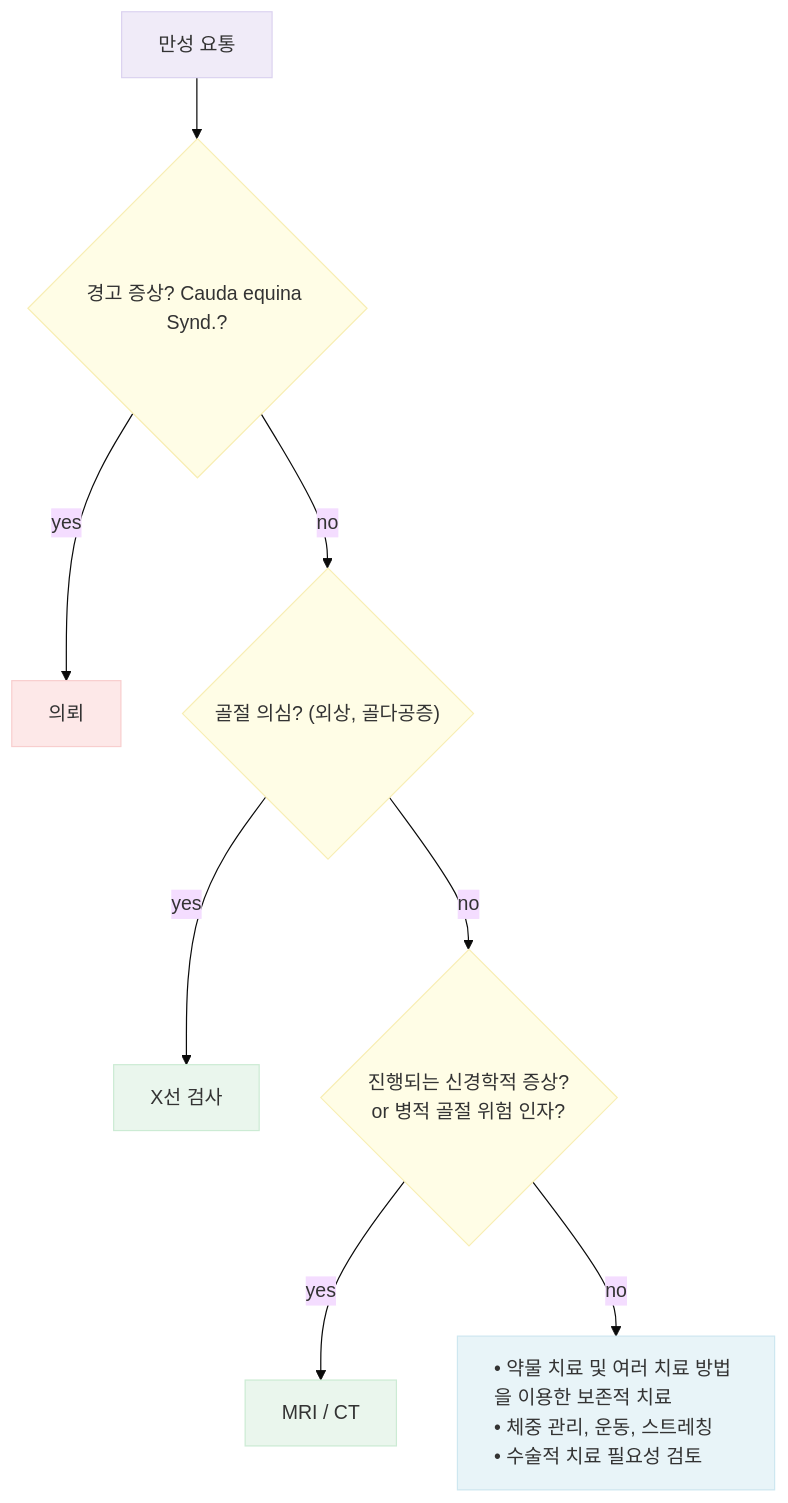
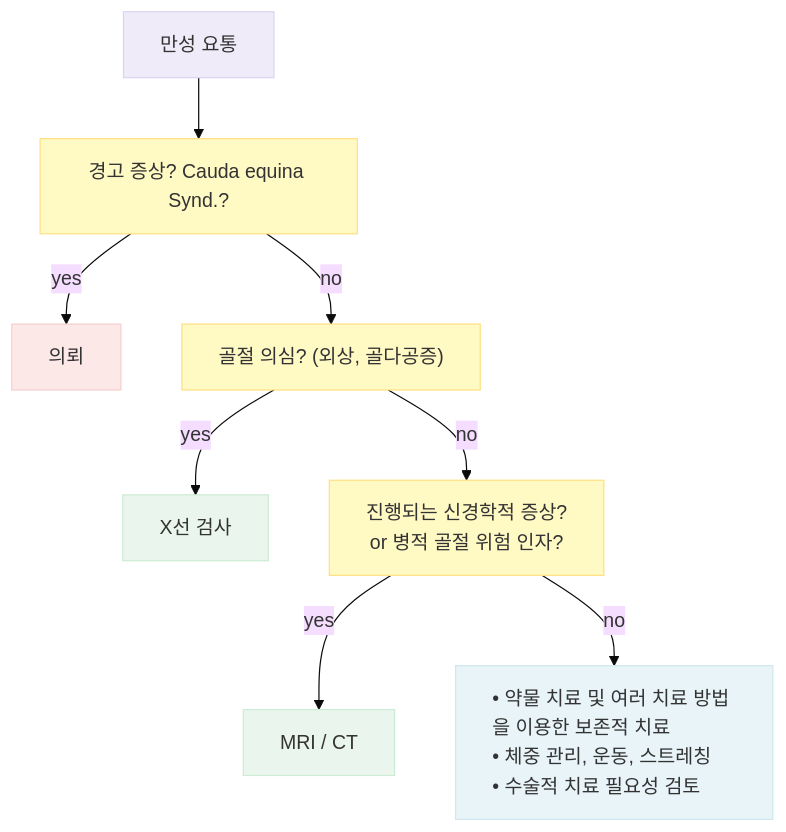
Before and after one commit to familyoh77/familyoh77: the diagram in 228_/137_-lower-back-pain.md, drawn with Mermaid (base theme). The commit also changed other lines of this file, not shown here.

````diff
--- a/228_/137_-lower-back-pain.md
+++ b/228_/137_-lower-back-pain.md
@@ -112,22 +150,22 @@
 ```mermaid
 flowchart TD
-    A["만성 요통"] --> B{"경고 증상? Cauda equina Synd.?"}
+    A["만성 요통"] --> B["경고 증상? Cauda equina Synd.?"]
     B -->|yes| C["의뢰"]
-    B -->|no| D{"골절 의심? (외상, 골다공증)"}
+    B -->|no| D["골절 의심? (외상, 골다공증)"]
     D -->|yes| E["X선 검사"]
-    D -->|no| F{"진행되는 신경학적 증상?<br/>or 병적 골절 위험 인자?"}
+    D -->|no| F["진행되는 신경학적 증상?<br/>or 병적 골절 위험 인자?"]
     F -->|yes| G["MRI / CT"]
     F -->|no| H["• 약물 치료 및 여러 치료 방법을 이용한 보존적 치료<br/>• 체중 관리, 운동, 스트레칭<br/>• 수술적 치료 필요성 검토"]
 
     classDef purple fill:#f0ebf8,stroke:#dcd3f0,color:#333
-    classDef yellow fill:#fffde6,stroke:#f8eeb4,color:#333
+    classDef yellow fill:#fff9c4,stroke:#ffe082,color:#333
     classDef pink fill:#fde8e8,stroke:#f8cece,color:#333
     classDef green fill:#eaf6ed,stroke:#ccebd4,color:#333
     classDef blue fill:#e8f4f8,stroke:#cee7f0,color:#333,text-align:left
 
     class A purple
     class B,D,F yellow
     class C pink
     class E,G green
     class H blue
 ```
````
